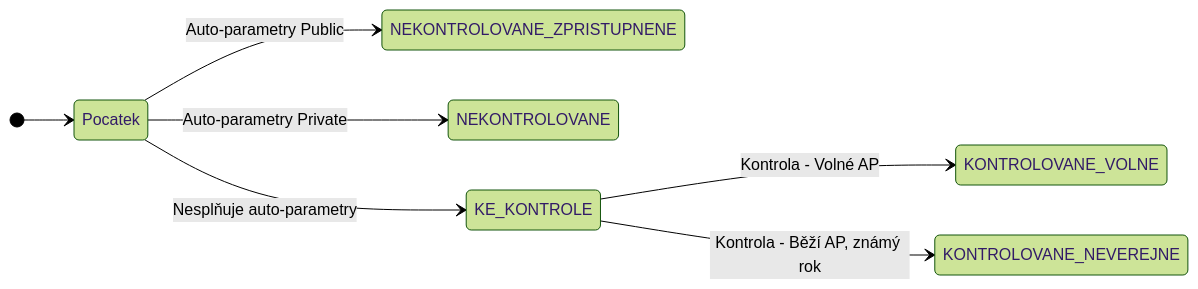
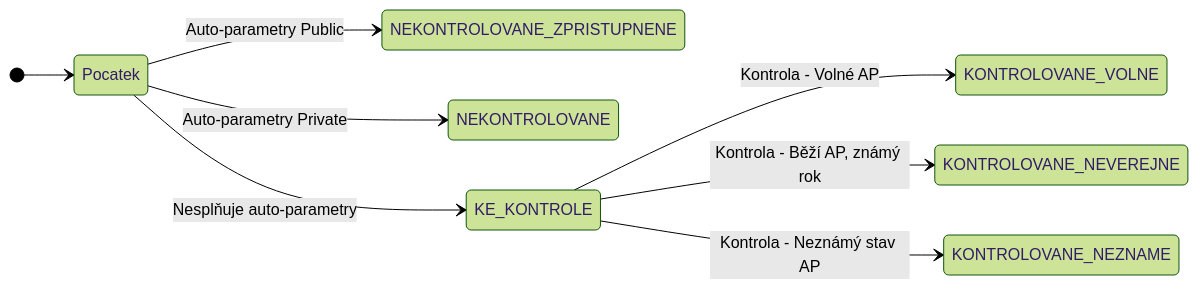
One commit to ceskaexpedice/kapp changed the diagram in README.md. Above: the diagram before and after it, drawn with Mermaid (forest theme).

````diff
--- a/README.md
+++ b/README.md
@@ -6,29 +6,30 @@
 ```mermaid
 stateDiagram-v2
     direction LR
 
     state Počáteční <<start>>
     state Konec <<end>>
 
     state NEKONTROLOVANÉ_ZPŘÍSTUPNĚNÉ : Public (Auto-parametry)
     state NEKONTROLOVANÉ : Private (Auto-parametry, bez kontroly)
     state KE_KONTROLE : Private (Primární fronta pro kurátora)
 
     state KONTROLOVANÉ_VOLNÉ : Public (Volné AP)
     state KONTROLOVANÉ_NEVEŘEJNÉ : Private (Běží AP, s rozhodným rokem)
     state KONTROLOVANÉ_NEZNÁMÉ : Private (Neznámý stav AP)
     state KONTROLOVANÉ_NEZNÁMÉ_ZPŘÍSTUPNĚNÉ : Public (Neznámé AP, ale zpřístupněno)
     state KONTROLOVANÉ_NEVEŘEJNÉ_LICENCE : Public/Private (Neveřejné, ale s licencí)
     state KONTROLOVANÉ_BEZ_AP : Public (Dílo bez AP)
     state KONTROLOVANÉ_ZNEPŘÍSTUPNĚNÉ : Private (Znepřístupněno)
 
     %% Pocatecni prechody 
     [*] --> Pocatek
     Pocatek --> NEKONTROLOVANE_ZPRISTUPNENE : Auto-parametry Public
     Pocatek --> NEKONTROLOVANE : Auto-parametry Private
     Pocatek --> KE_KONTROLE : Nesplňuje auto-parametry
 
     %% Přechody po kurátorské kontrole
     KE_KONTROLE --> KONTROLOVANE_VOLNE : Kontrola - Volné AP
     KE_KONTROLE --> KONTROLOVANE_NEVEREJNE : Kontrola - Běží AP, známý rok
+    KE_KONTROLE --> KONTROLOVANE_NEZNAME : Kontrola - Neznámý stav AP
 ```
````
